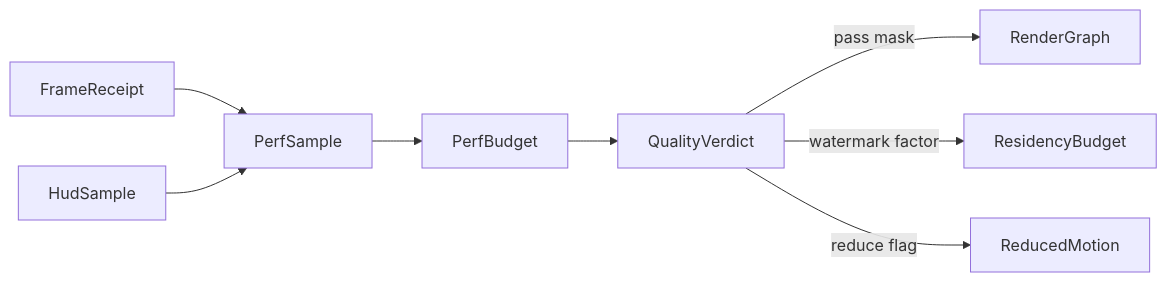
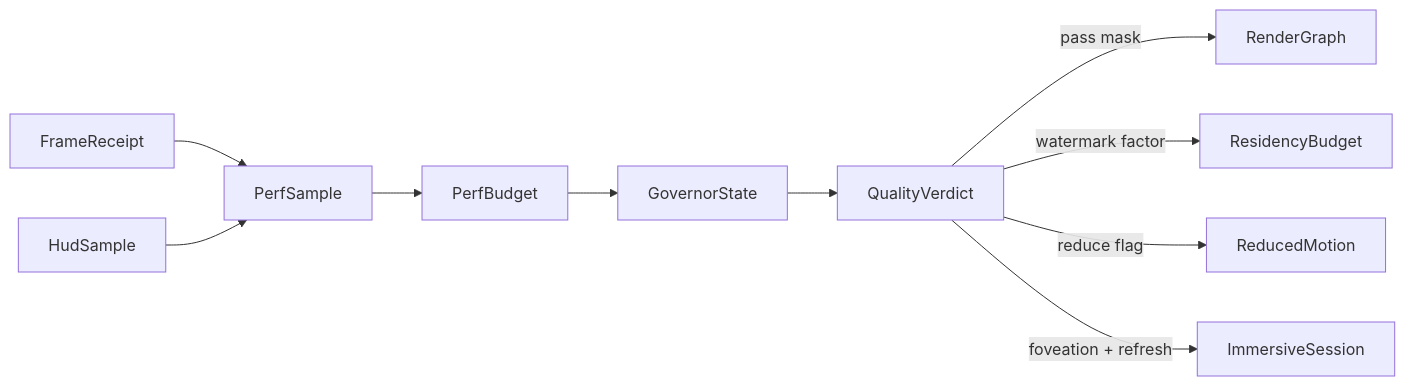
One commit to bsamiee/Rasm changed the diagram in libs/csharp/Rasm.AppUi/.planning/Diagnostics/governor.md. Above: the diagram before and after it, drawn with Mermaid. The commit also changed other lines of this file and 43 other files, not shown here.

````diff
--- a/libs/csharp/Rasm.AppUi/.planning/Diagnostics/governor.md
+++ b/libs/csharp/Rasm.AppUi/.planning/Diagnostics/governor.md
@@ -74,10 +101,12 @@
 ```mermaid
 flowchart LR
     FrameReceipt --> PerfSample
     HudSample --> PerfSample
     PerfSample --> PerfBudget
-    PerfBudget --> QualityVerdict
+    PerfBudget --> GovernorState
+    GovernorState --> QualityVerdict
     QualityVerdict -->|pass mask| RenderGraph
     QualityVerdict -->|watermark factor| ResidencyBudget
     QualityVerdict -->|reduce flag| ReducedMotion
+    QualityVerdict -->|foveation + refresh| ImmersiveSession
 ```
````
